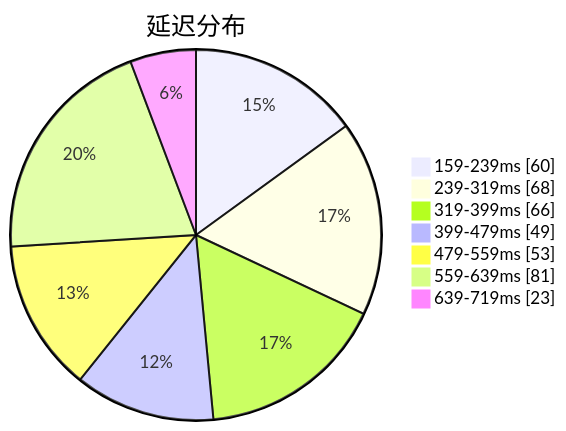
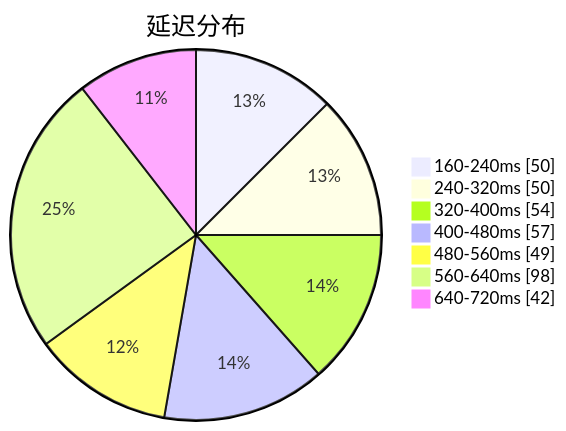
The first of 3 diagrams in subs/statistics/tested_within.md (qjlxg/airport), drawn with Mermaid before and after one commit. The commit also changed other lines of this file and 2 other files, not shown here.

````diff
--- a/subs/statistics/tested_within.md
+++ b/subs/statistics/tested_within.md
@@ -2,11 +2,11 @@
 ```mermaid
 pie showData
 title 延迟分布
-"159-239ms" : 60
-"239-319ms" : 68
-"319-399ms" : 66
-"399-479ms" : 49
-"479-559ms" : 53
-"559-639ms" : 81
-"639-719ms" : 23
+"160-240ms" : 50
+"240-320ms" : 50
+"320-400ms" : 54
+"400-480ms" : 57
+"480-560ms" : 49
+"560-640ms" : 98
+"640-720ms" : 42
 ```
````
